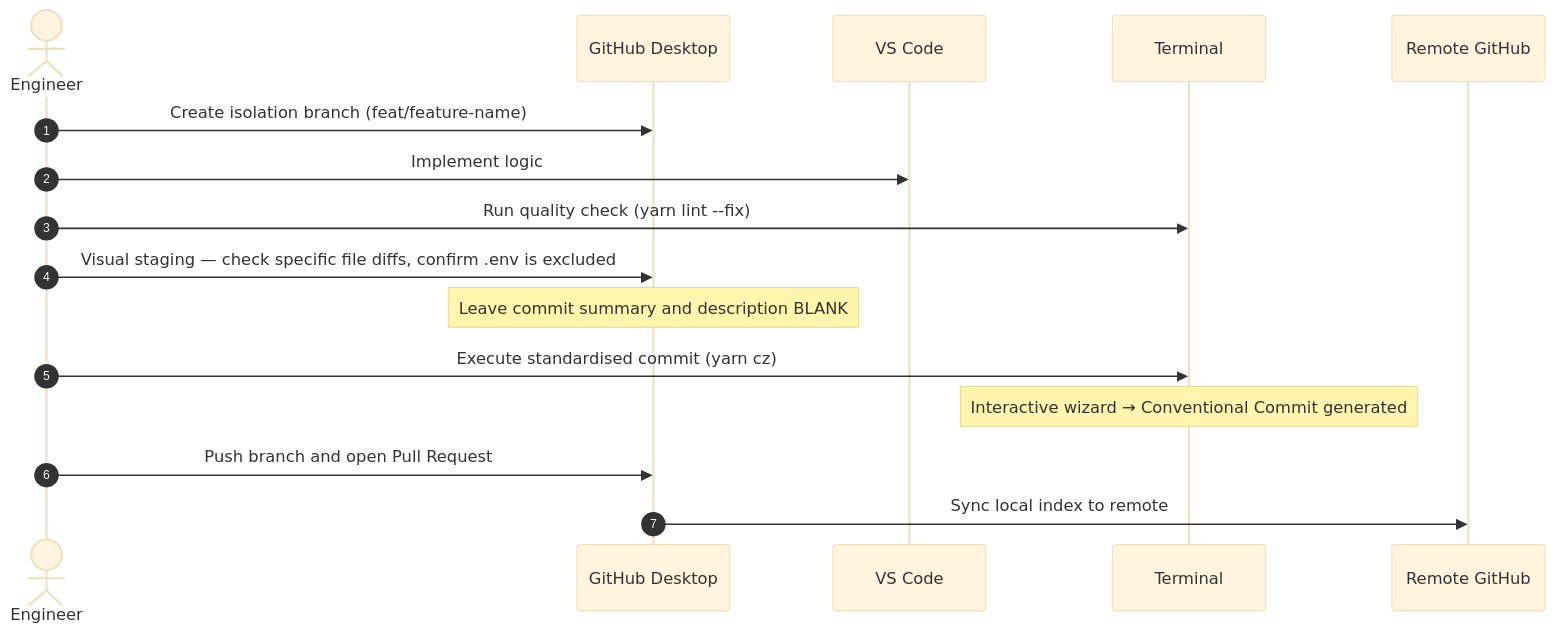
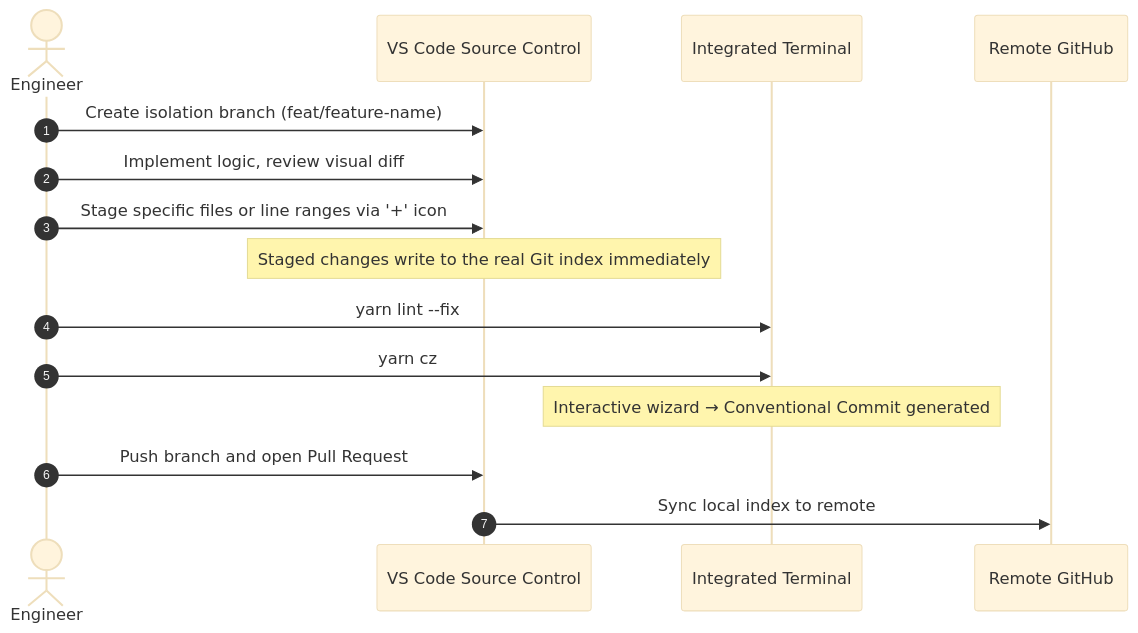
The second of 2 diagrams in src/content/posts/6102-env-setup-nx-workspace.md (kafechew/ilearn), drawn with Mermaid (base theme) before and after one commit. The commit also changed other lines of this file and 1 other file, not shown here.

Commit message:
fix git commit workflow

````diff
--- a/src/content/posts/6102-env-setup-nx-workspace.md
+++ b/src/content/posts/6102-env-setup-nx-workspace.md
@@ -815,19 +827,18 @@
 ```mermaid
 sequenceDiagram
     autonumber
     actor Engineer
-    participant GD as GitHub Desktop
-    participant VS as VS Code
-    participant Term as Terminal
+    participant SC as VS Code Source Control
+    participant Term as Integrated Terminal
     participant GH as Remote GitHub
 
-    Engineer->>GD: Create isolation branch (feat/feature-name)
-    Engineer->>VS: Implement logic
-    Engineer->>Term: Run quality check (yarn lint --fix)
-    Engineer->>GD: Visual staging — check specific file diffs, confirm .env is excluded
-    Note over GD: Leave commit summary and description BLANK
-    Engineer->>Term: Execute standardised commit (yarn cz)
+    Engineer->>SC: Create isolation branch (feat/feature-name)
+    Engineer->>SC: Implement logic, review visual diff
+    Engineer->>SC: Stage specific files or line ranges via '+' icon
+    Note over SC: Staged changes write to the real Git index immediately
+    Engineer->>Term: yarn lint --fix
+    Engineer->>Term: yarn cz
     Note over Term: Interactive wizard → Conventional Commit generated
-    Engineer->>GD: Push branch and open Pull Request
-    GD->>GH: Sync local index to remote
+    Engineer->>SC: Push branch and open Pull Request
+    SC->>GH: Sync local index to remote
 ```
````
